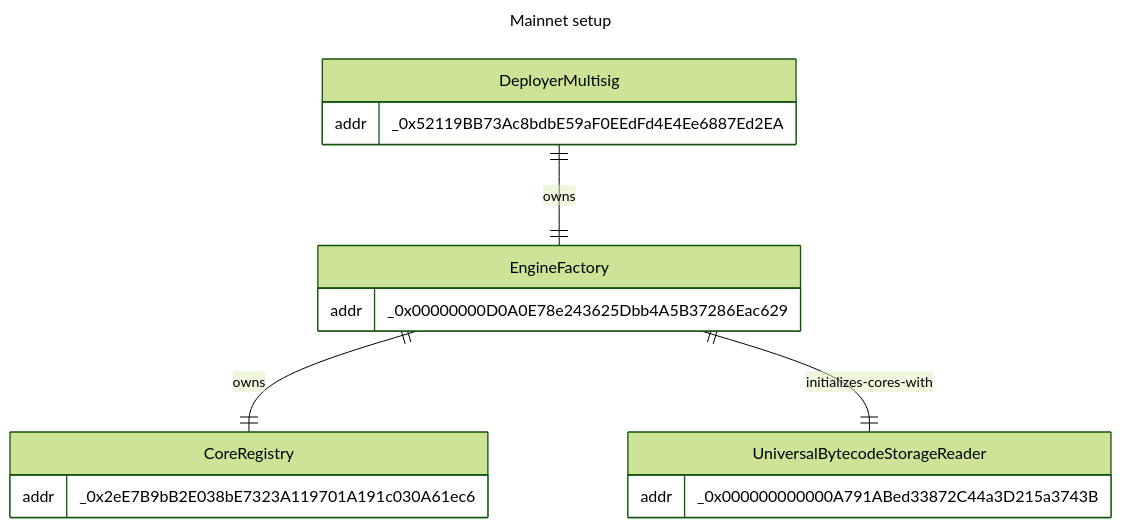
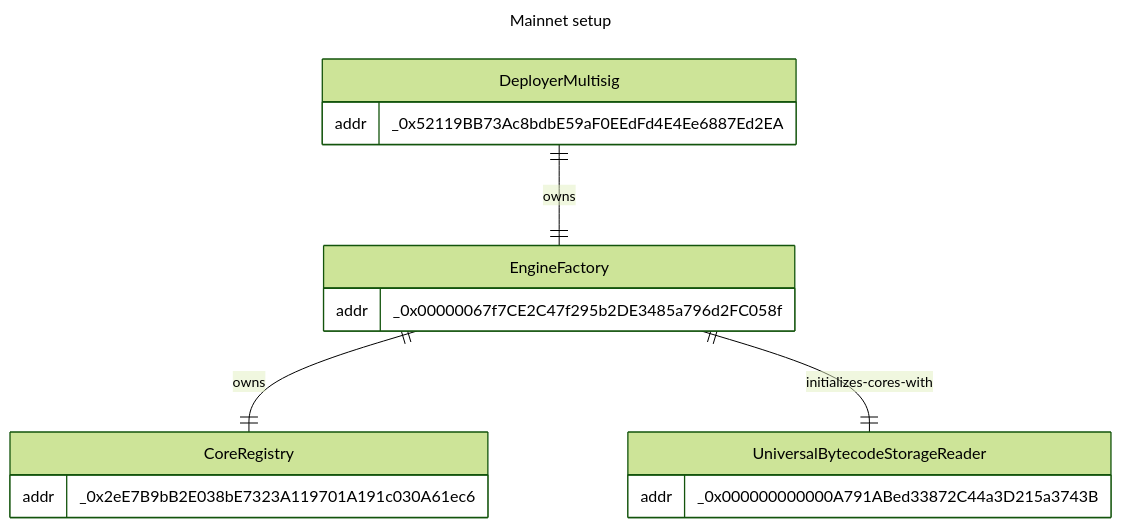
Before and after one commit to ArtBlocks/artblocks-contracts: the first of 5 diagrams in packages/contracts/INFRASTRUCTURE.md, drawn with Mermaid (forest theme). The commit also changed other lines of this file and 2 other files, not shown here.

````diff
--- a/packages/contracts/INFRASTRUCTURE.md
+++ b/packages/contracts/INFRASTRUCTURE.md
@@ -28,21 +28,21 @@
 ```mermaid
 ---
 title: Mainnet setup
 ---
 erDiagram
     DeployerMultisig ||--|| EngineFactory : owns
     EngineFactory ||--|| CoreRegistry : owns
     EngineFactory ||--|| UniversalBytecodeStorageReader : initializes-cores-with
     DeployerMultisig {
         addr _0x52119BB73Ac8bdbE59aF0EEdFd4E4Ee6887Ed2EA
     }
     EngineFactory {
-        addr _0x00000000D0A0E78e243625Dbb4A5B37286Eac629
+        addr _0x00000067f7CE2C47f295b2DE3485a796d2FC058f
     }
     CoreRegistry {
         addr _0x2eE7B9bB2E038bE7323A119701A191c030A61ec6
     }
     UniversalBytecodeStorageReader {
         addr _0x000000000000A791ABed33872C44a3D215a3743B
     }
 ```
````
